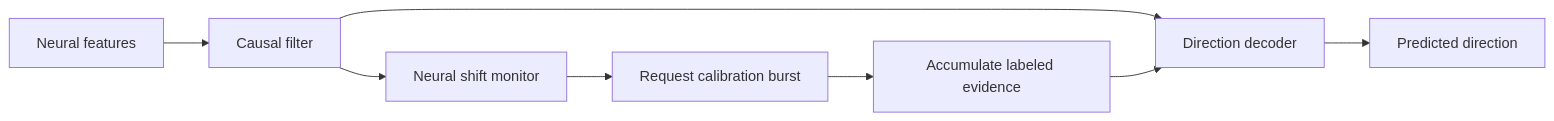
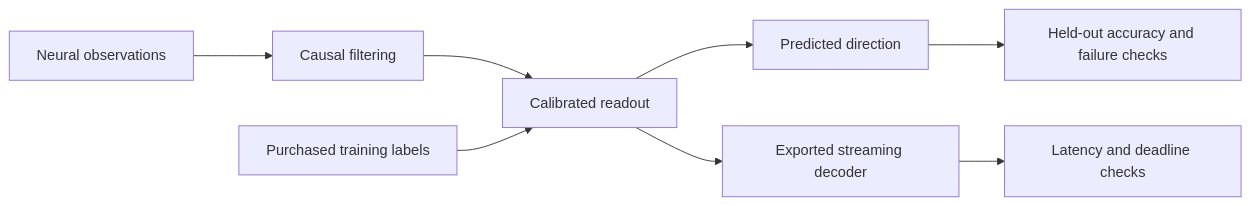
One commit to logannye/low-latency-neural-decoding changed the diagram in README.md. Above: the diagram before and after it, drawn with Mermaid. The commit also changed other lines of this file and 15 other files, not shown here.

````diff
--- a/README.md
+++ b/README.md
@@ -29,10 +18,10 @@
 ```mermaid
 flowchart LR
-    A[Neural features] --> B[Causal filter]
-    B --> C[Direction decoder]
+    A[Neural observations] --> B[Causal filtering]
+    B --> C[Calibrated readout]
     C --> D[Predicted direction]
-    B --> E[Neural shift monitor]
-    E --> F[Request calibration burst]
-    F --> G[Accumulate labeled evidence]
-    G --> C
+    E[Purchased training labels] --> C
+    D --> F[Held-out accuracy and failure checks]
+    G[Exported streaming decoder] --> H[Latency and deadline checks]
+    C --> G
 ```
````
